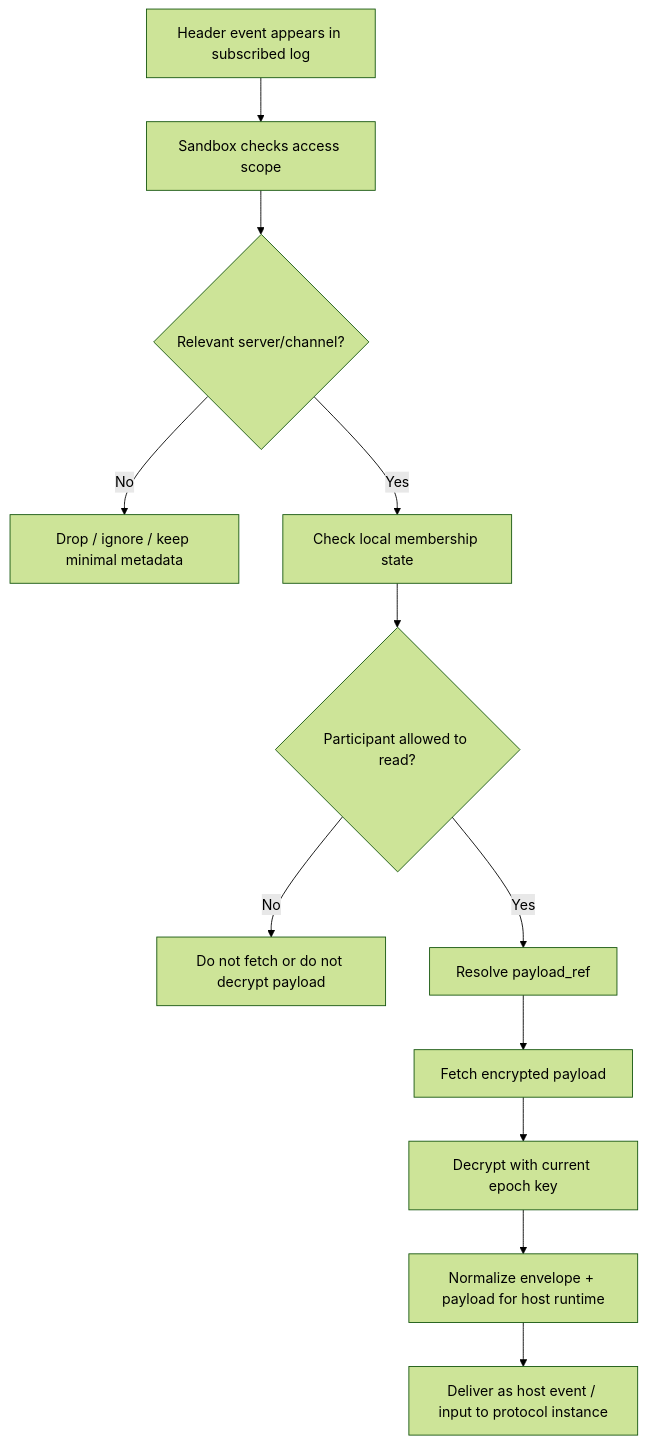
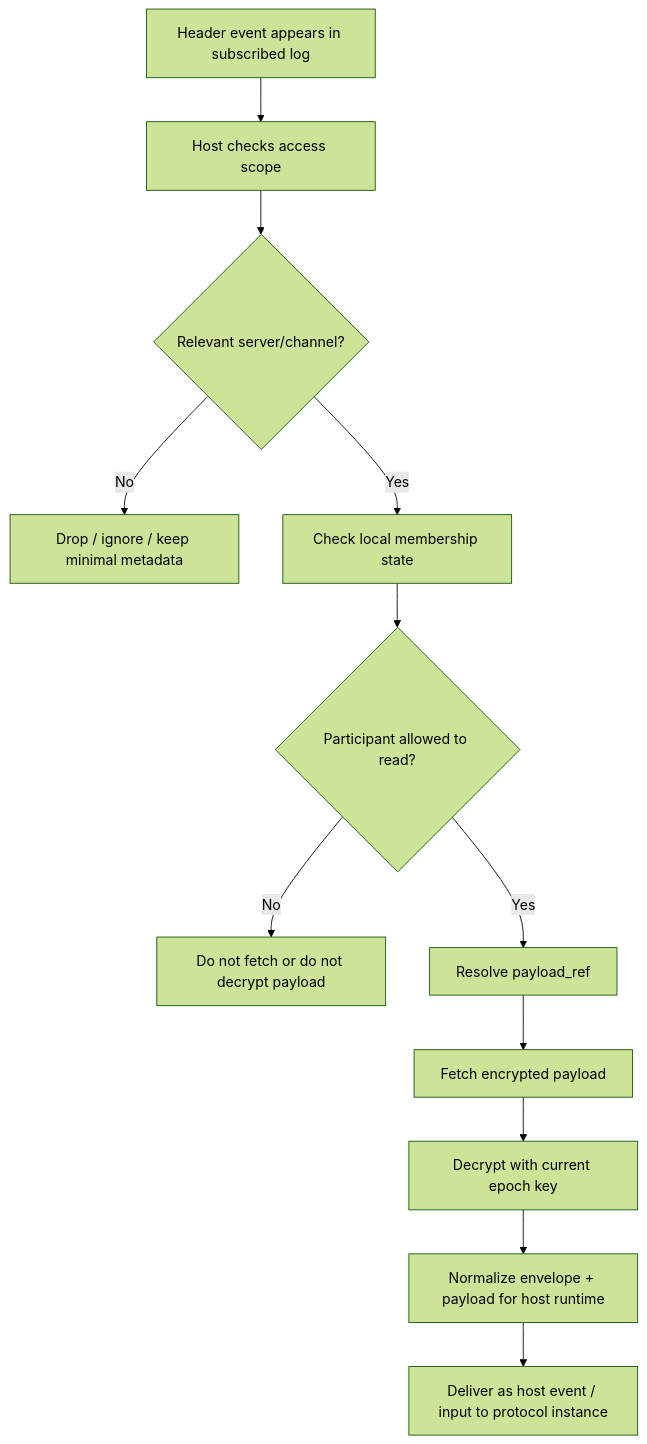
The second of 3 diagrams in 2026-04-03-architecture-session/06-execution-semantics.md (animata-systems/meta-design), drawn with Mermaid (forest theme) before and after one commit. The commit also changed other lines of this file and 23 other files, not shown here.

First line of the commit message:
Refactor "sandbox" terminology to "Corazon Host"

````diff
--- a/2026-04-03-architecture-session/06-execution-semantics.md
+++ b/2026-04-03-architecture-session/06-execution-semantics.md
@@ -95,16 +95,16 @@
 ```mermaid
 flowchart TD
-    A["Header event appears in subscribed log"] --> B["Sandbox checks access scope"]
+    A["Header event appears in subscribed log"] --> B["Host checks access scope"]
     B --> C{"Relevant server/channel?"}
 
     C -- No --> X["Drop / ignore / keep minimal metadata"]
     C -- Yes --> D["Check local membership state"]
     D --> E{"Participant allowed to read?"}
 
     E -- No --> Y["Do not fetch or do not decrypt payload"]
     E -- Yes --> F["Resolve payload_ref"]
     F --> G["Fetch encrypted payload"]
     G --> H["Decrypt with current epoch key"]
     H --> I["Normalize envelope + payload for host runtime"]
     I --> J["Deliver as host event / input to protocol instance"]
 ```
````
